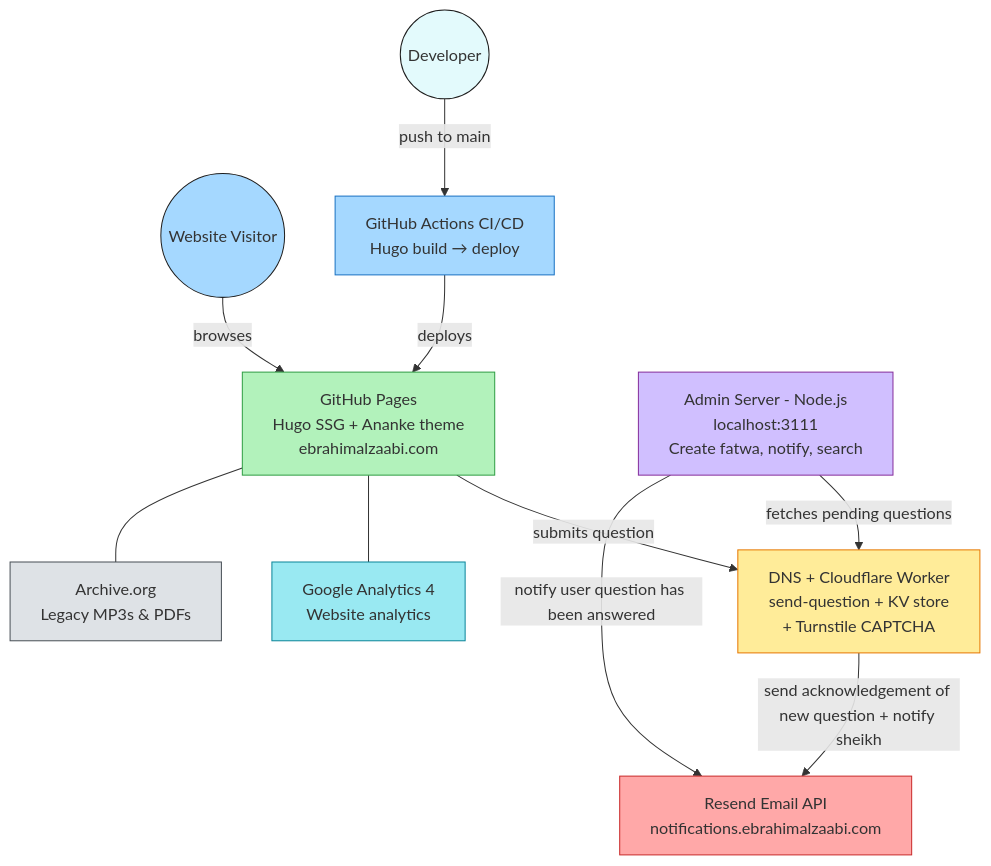
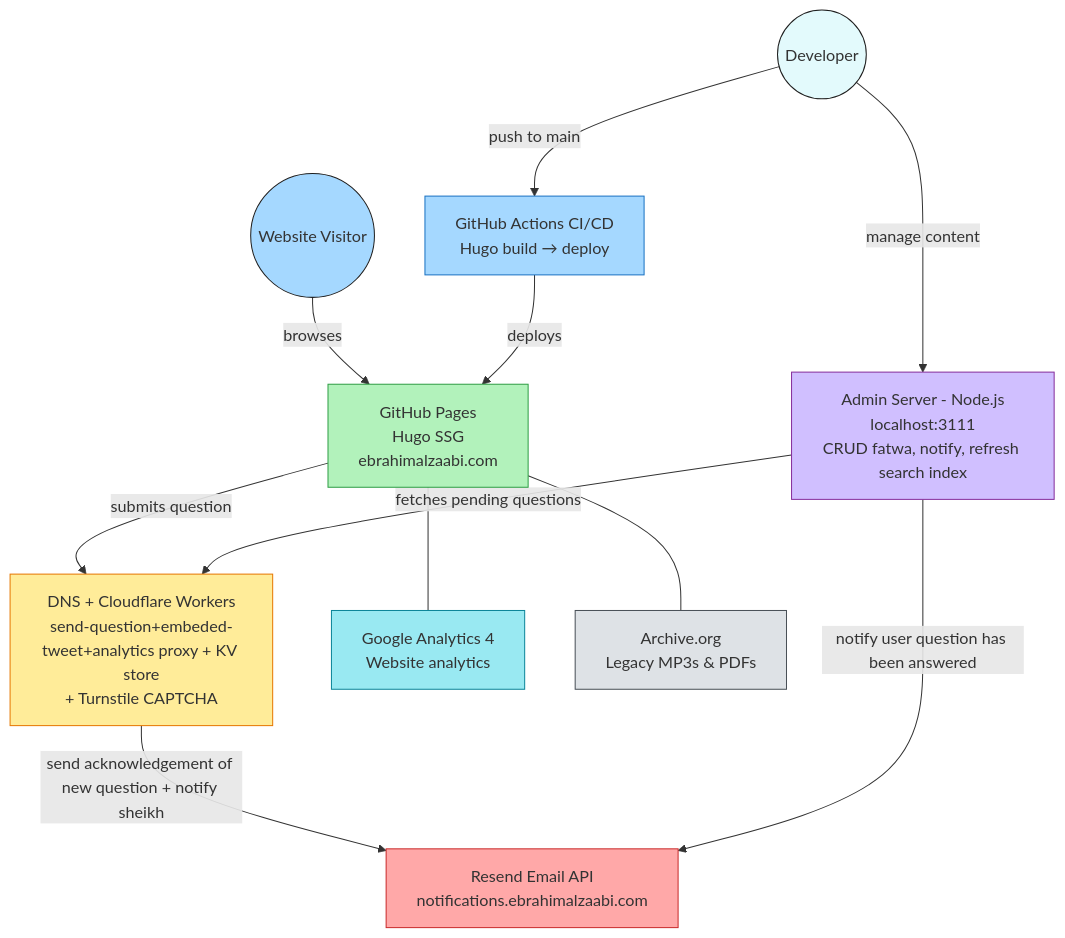
One commit to ebrahimalzaabi-seed/ebrahimalzaabi.com changed the diagram in README.md. Above: the diagram before and after it, drawn with Mermaid.

````diff
--- a/README.md
+++ b/README.md
@@ -7,28 +7,29 @@
 ```mermaid
 graph TD
     Visitor((Website Visitor))
     Dev((Developer))
 
-    Visitor -->|browses| GHP[GitHub Pages<br/>Hugo SSG + Ananke theme<br/>ebrahimalzaabi.com]
-    GHP -->|submits question| CF[DNS + Cloudflare Worker<br/>send-question + KV store<br/>+ Turnstile CAPTCHA]
+    Visitor -->|browses| GHP[GitHub Pages<br/>Hugo SSG<br/>ebrahimalzaabi.com]
+    GHP -->|submits question| CF[DNS + Cloudflare Workers<br/>send-question+embeded-tweet+analytics proxy + KV store<br/>+ Turnstile CAPTCHA]
 
     GHP --- GA4[Google Analytics 4<br/>Website analytics]
     GHP --- Archive[Archive.org<br/>Legacy MP3s & PDFs]
     Dev -->|push to main| CICD[GitHub Actions CI/CD<br/>Hugo build → deploy]
+    Dev -->|manage content| Admin
     CICD -->|deploys| GHP
 
     CF -->|send acknowledgement of new question + notify sheikh| Resend[Resend Email API<br/>notifications.ebrahimalzaabi.com]
 
-    Admin[Admin Server - Node.js<br/>localhost:3111<br/>Create fatwa, notify, search] -->|fetches pending questions| CF
+    Admin[Admin Server - Node.js<br/>localhost:3111<br/>CRUD fatwa, notify, refresh search index] -->|fetches pending questions| CF
     Admin -->|notify user question has been answered| Resend
 
     style Dev fill:#e3fafc,stroke:#1e1e1e
     style Visitor fill:#a5d8ff,stroke:#1e1e1e
     style GHP fill:#b2f2bb,stroke:#2f9e44
     style CF fill:#ffec99,stroke:#e67700
     style Admin fill:#d0bfff,stroke:#862e9c
     style Resend fill:#ffa8a8,stroke:#c92a2a
     style CICD fill:#a5d8ff,stroke:#1971c2
     style GA4 fill:#99e9f2,stroke:#0c8599
     style Archive fill:#dee2e6,stroke:#495057
 ```
````
